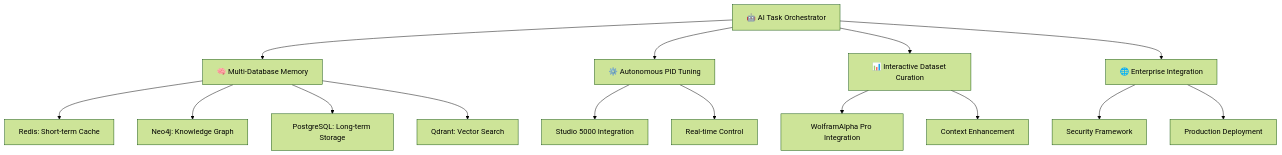
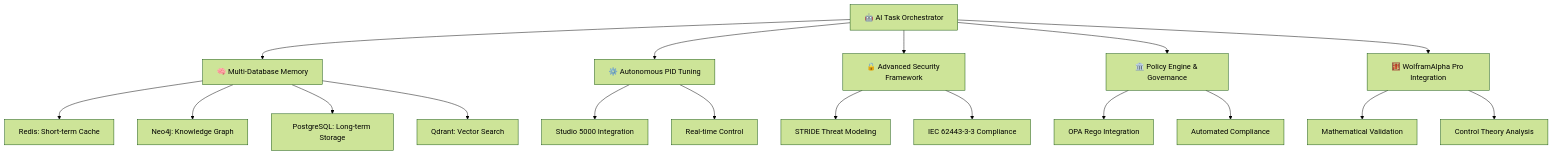
Before and after one commit to reh3376/plc-gbt: the diagram in README.md, drawn with Mermaid (forest theme). The commit also changed other lines of this file and 65 other files, not shown here.

First line of the commit message:
feat: Complete Project Implementation - Phase 17.2 Policy Engine & Governance

````diff
--- a/README.md
+++ b/README.md
@@ -43,20 +47,24 @@
 ```mermaid
 graph TD
     A[🤖 AI Task Orchestrator] --> B[🧠 Multi-Database Memory]
     B --> C[Redis: Short-term Cache]
     B --> D[Neo4j: Knowledge Graph] 
     B --> E[PostgreSQL: Long-term Storage]
     B --> F[Qdrant: Vector Search]
     
     A --> G[⚙️ Autonomous PID Tuning]
     G --> H[Studio 5000 Integration]
     G --> I[Real-time Control]
     
-    A --> J[📊 Interactive Dataset Curation]
-    J --> K[WolframAlpha Pro Integration]
-    J --> L[Context Enhancement]
+    A --> J[🔒 Advanced Security Framework]
+    J --> K[STRIDE Threat Modeling]
+    J --> L[IEC 62443-3-3 Compliance]
     
-    A --> M[🌐 Enterprise Integration]
-    M --> N[Security Framework]
-    M --> O[Production Deployment]
+    A --> M[🏛️ Policy Engine & Governance]
+    M --> N[OPA Rego Integration]
+    M --> O[Automated Compliance]
+    
+    A --> P[🧮 WolframAlpha Pro Integration]
+    P --> Q[Mathematical Validation]
+    P --> R[Control Theory Analysis]
 ```
````
